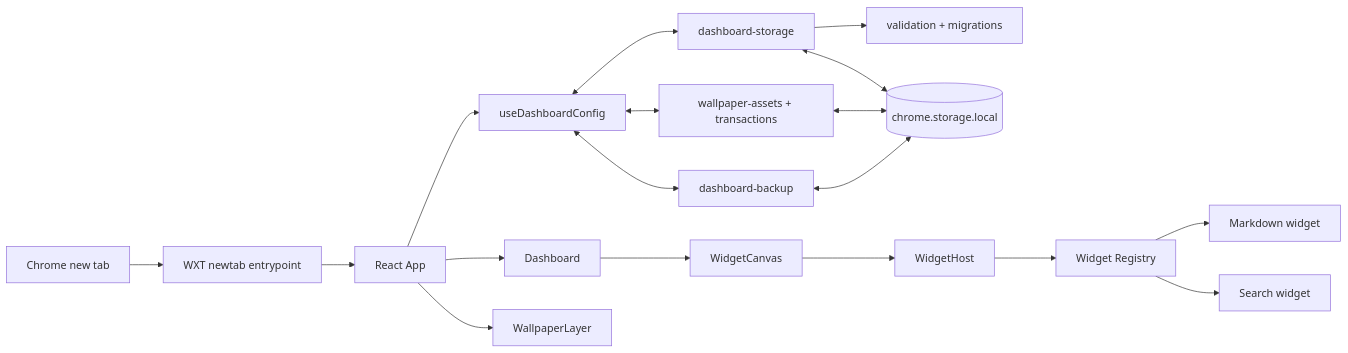
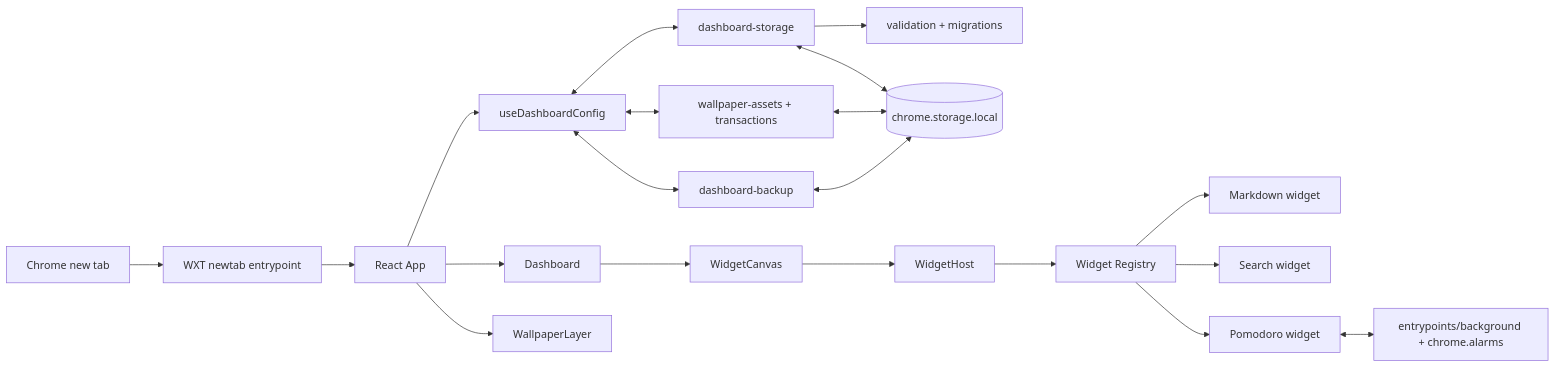
Before and after one commit to a-melchikov/chrome-start-page: the diagram in docs/ARCHITECTURE.md, drawn with Mermaid. The commit also changed other lines of this file and 24 other files, not shown here.

Commit message:
feat: add Pomodoro timer widget with background alarms, audio support, and configuration migrations

````diff
--- a/docs/ARCHITECTURE.md
+++ b/docs/ARCHITECTURE.md
@@ -5,20 +5,22 @@
 ```mermaid
 flowchart LR
   Chrome[Chrome new tab] --> WXT[WXT newtab entrypoint]
   WXT --> App[React App]
   App --> Hook[useDashboardConfig]
   Hook <--> Repo[dashboard-storage]
   Hook <--> Assets[wallpaper-assets + transactions]
   Hook <--> Backup[dashboard-backup]
   Repo --> Validate[validation + migrations]
   Repo <--> Local[(chrome.storage.local)]
   Assets <--> Local
   Backup <--> Local
   App --> Dashboard
   App --> Wallpaper[WallpaperLayer]
   Dashboard --> Grid[WidgetCanvas]
   Grid --> Host[WidgetHost]
   Host --> Registry[Widget Registry]
   Registry --> Markdown[Markdown widget]
   Registry --> Search[Search widget]
+  Registry --> Pomodoro[Pomodoro widget]
+  Pomodoro <--> Background[entrypoints/background + chrome.alarms]
 ```
````
